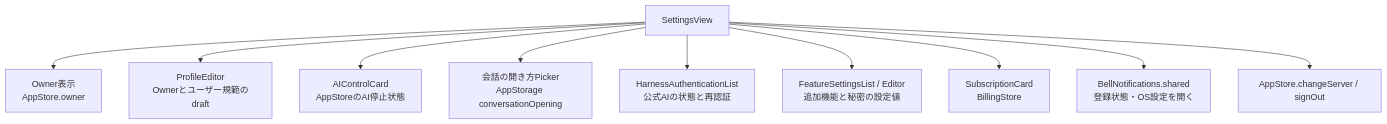
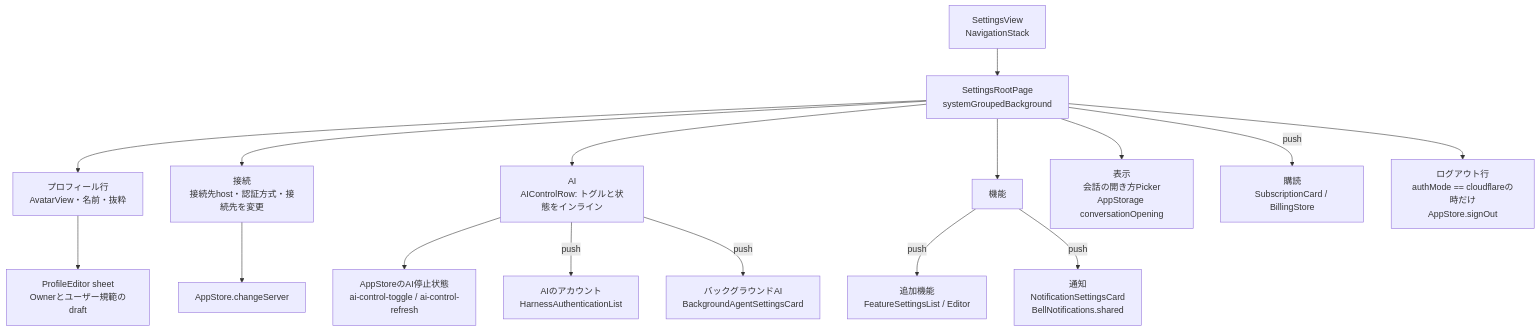
Before and after one commit to kitepon/BellTeam: the first of 5 diagrams in docs/architecture/modules/apple/settings-and-profile.md, drawn with Mermaid. The commit also changed other lines of this file and 9 other files, not shown here.

Commit message:
WIP: settings restyle, superseded by bell/apple-settings-rebuild (unfinished, saved before restart)

````diff
--- a/docs/architecture/modules/apple/settings-and-profile.md
+++ b/docs/architecture/modules/apple/settings-and-profile.md
@@ -7,12 +9,16 @@
 ```mermaid
 flowchart TD
-  Settings["SettingsView"] --> Owner["Owner表示<br/>AppStore.owner"]
-  Settings --> Profile["ProfileEditor<br/>Ownerとユーザー規範のdraft"]
-  Settings --> Control["AIControlCard<br/>AppStoreのAI停止状態"]
-  Settings --> Opening["会話の開き方Picker<br/>AppStorage conversationOpening"]
-  Settings --> Auth["HarnessAuthenticationList<br/>公式AIの状態と再認証"]
-  Settings --> Features["FeatureSettingsList / Editor<br/>追加機能と秘密の設定値"]
-  Settings --> Billing["SubscriptionCard<br/>BillingStore"]
-  Settings --> Push["BellNotifications.shared<br/>登録状態・OS設定を開く"]
-  Settings --> Session["AppStore.changeServer / signOut"]
+  Settings["SettingsView<br/>NavigationStack"] --> Root["SettingsRootPage<br/>systemGroupedBackground"]
+  Root --> Profile["プロフィール行<br/>AvatarView・名前・抜粋"] --> Editor["ProfileEditor sheet<br/>Ownerとユーザー規範のdraft"]
+  Root --> Conn["接続<br/>接続先host・認証方式・接続先を変更"] --> Session["AppStore.changeServer"]
+  Root --> AI["AI<br/>AIControlRow: トグルと状態をインライン"]
+  AI --> Control["AppStoreのAI停止状態<br/>ai-control-toggle / ai-control-refresh"]
+  AI -->|"push"| Auth["AIのアカウント<br/>HarnessAuthenticationList"]
+  AI -->|"push"| BG["バックグラウンドAI<br/>BackgroundAgentSettingsCard"]
+  Root --> Feat["機能"]
+  Feat -->|"push"| Features["追加機能<br/>FeatureSettingsList / Editor"]
+  Feat -->|"push"| Push["通知<br/>NotificationSettingsCard<br/>BellNotifications.shared"]
+  Root --> Disp["表示<br/>会話の開き方Picker<br/>AppStorage conversationOpening"]
+  Root -->|"push"| Billing["購読<br/>SubscriptionCard / BillingStore"]
+  Root --> Out["ログアウト行<br/>authMode == cloudflareの時だけ<br/>AppStore.signOut"]
 ```
````
